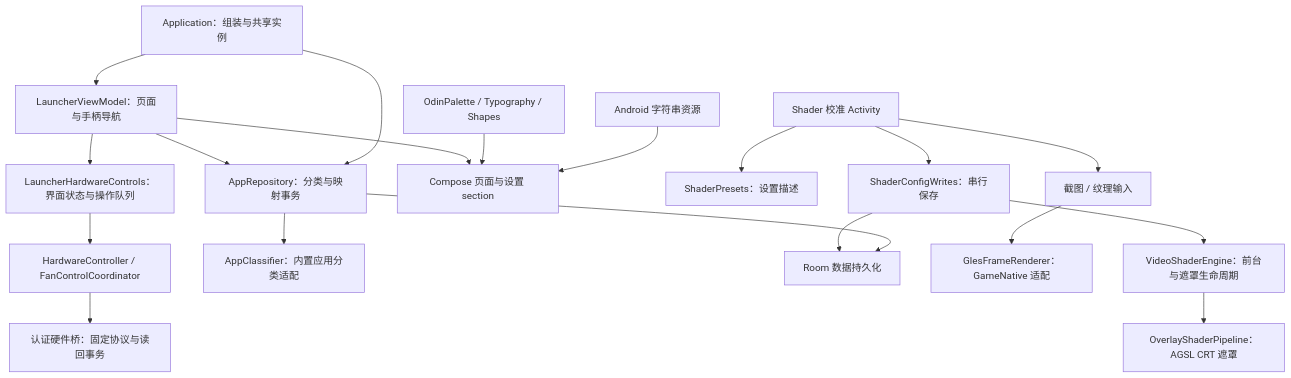
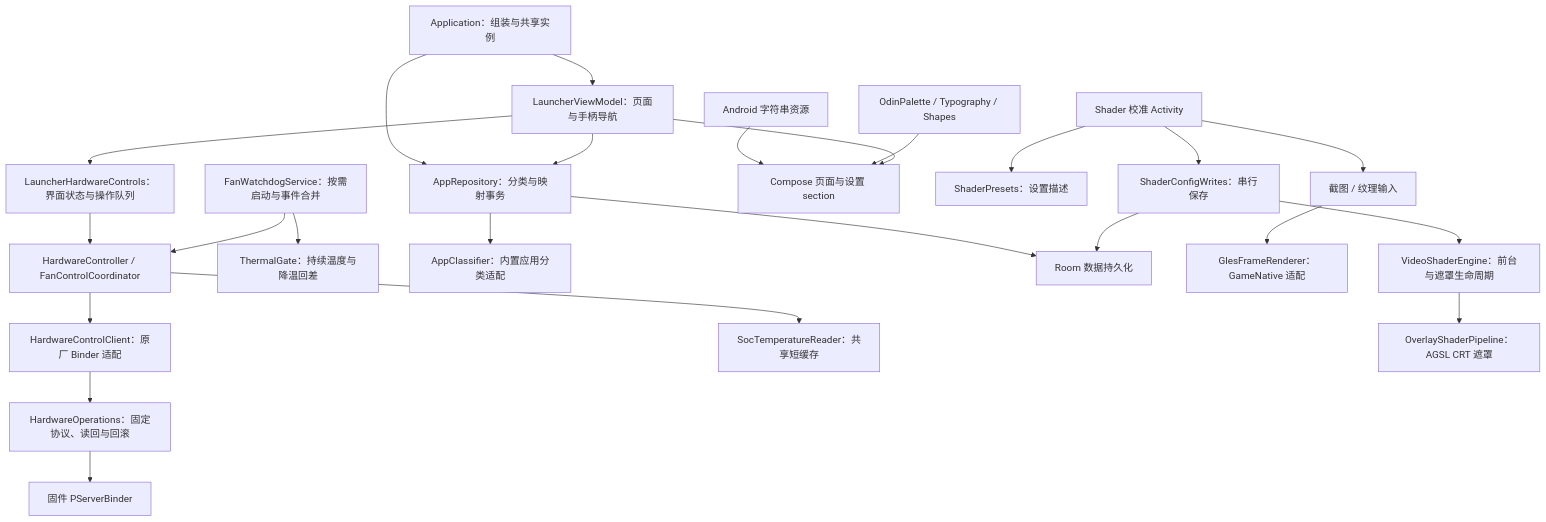
Before and after one commit to LeXwDeX/odin3-desktop: the diagram in docs/architecture.md, drawn with Mermaid. The commit also changed other lines of this file and 45 other files, not shown here.

````diff
--- a/docs/architecture.md
+++ b/docs/architecture.md
@@ -27,21 +27,26 @@
 ```mermaid
 flowchart TD
     App[Application：组装与共享实例] --> VM[LauncherViewModel：页面与手柄导航]
     App --> Repo[AppRepository：分类与映射事务]
     VM --> Controls[LauncherHardwareControls：界面状态与操作队列]
     Controls --> Hardware[HardwareController / FanControlCoordinator]
-    Hardware --> Bridge[认证硬件桥：固定协议与读回事务]
+    Hardware --> Native[HardwareControlClient：原厂 Binder 适配]
+    Native --> Operations[HardwareOperations：固定协议、读回与回滚]
+    Operations --> OEM[固件 PServerBinder]
+    Watchdog[FanWatchdogService：按需启动与事件合并] --> Hardware
+    Watchdog --> Thermal[ThermalGate：持续温度与降温回差]
+    Hardware --> Sensors[SocTemperatureReader：共享短缓存]
     VM --> Repo
     Repo --> Classifier[AppClassifier：内置应用分类适配]
     Repo --> Room[Room 数据持久化]
     Locale[Android 字符串资源] --> UI[Compose 页面与设置 section]
     Palette[OdinPalette / Typography / Shapes] --> UI
     VM --> UI
     Calibration[Shader 校准 Activity] --> Presets[ShaderPresets：设置描述]
     Calibration --> Writes[ShaderConfigWrites：串行保存]
     Calibration --> Preview[截图 / 纹理输入]
     Preview --> GLES[GlesFrameRenderer：GameNative 适配]
     Writes --> Room
     Writes --> Engine[VideoShaderEngine：前台与遮罩生命周期]
     Engine --> Overlay[OverlayShaderPipeline：AGSL CRT 遮罩]
 ```
````
